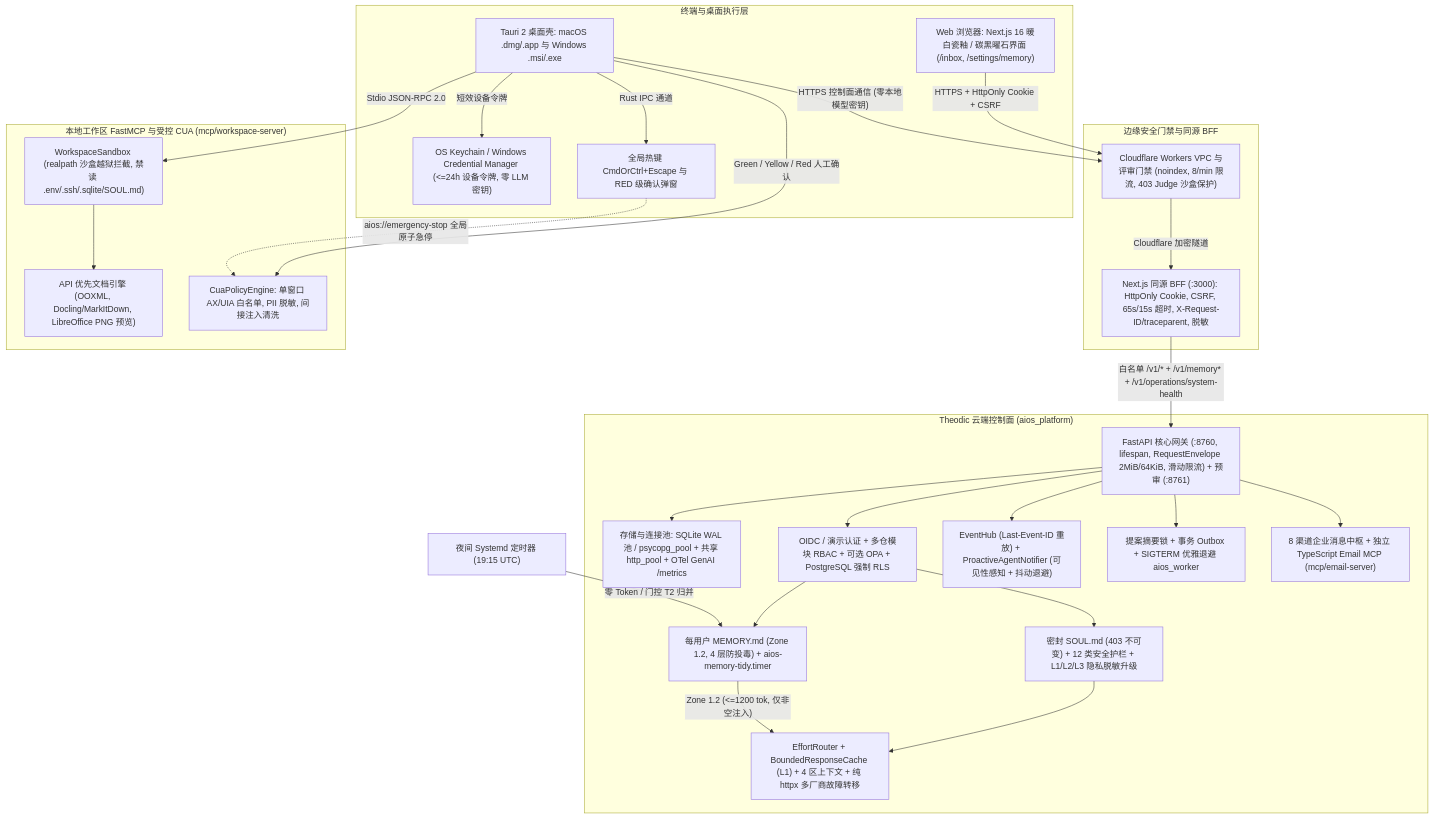
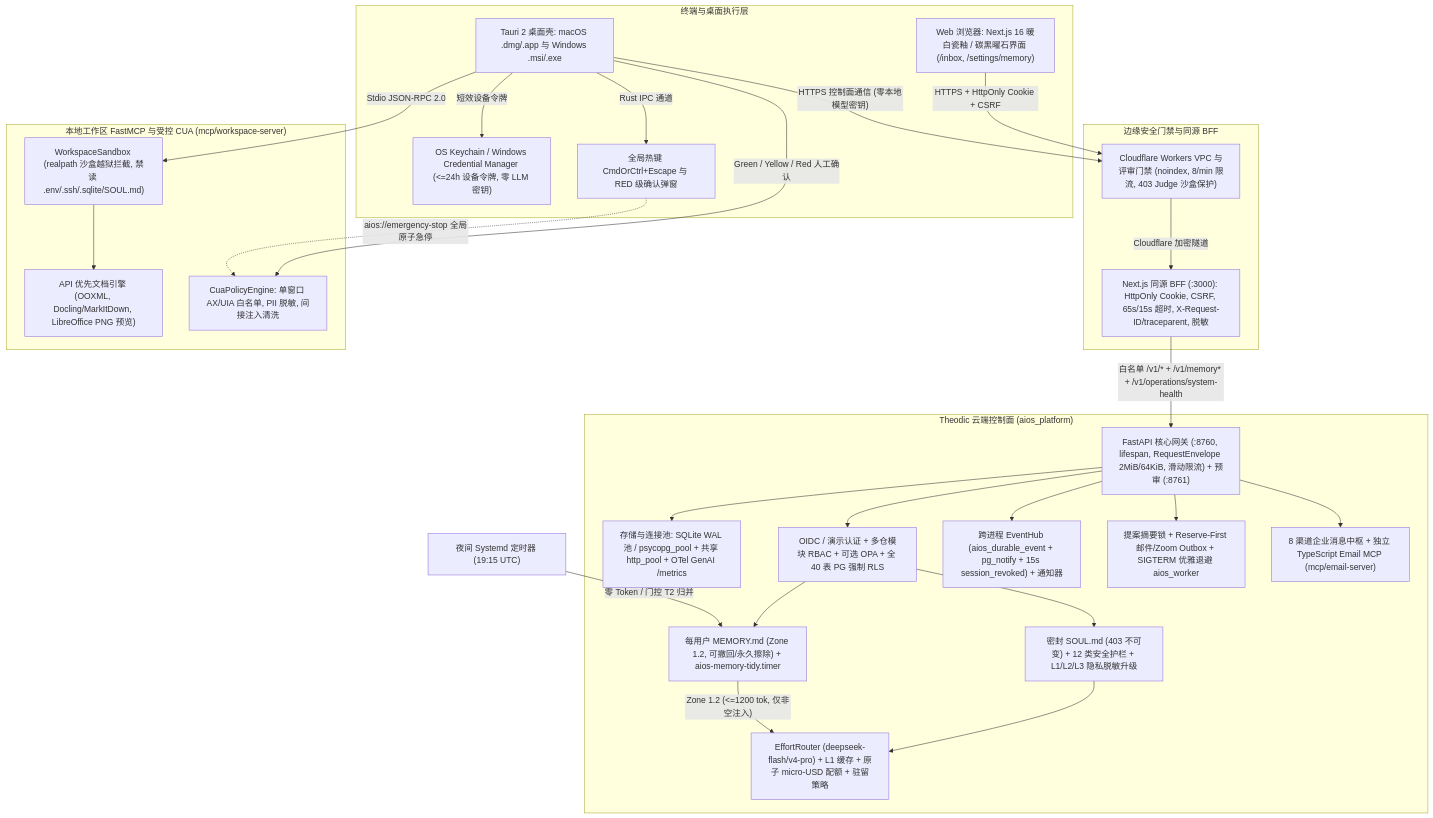
One commit to Doooo4love/sme-aios-demo changed the first of 4 diagrams in README.zh-CN.md. Above: the diagram before and after it, drawn with Mermaid. The commit also changed other lines of this file and 61 other files, not shown here.

Commit message:
feat(platform,web,ci,docs): enterprise 0013 RLS/outbox/FinOps hardening, Opus UI/motion polish, Gate 7 eval & README sync

````diff
--- a/README.zh-CN.md
+++ b/README.zh-CN.md
@@ -61,53 +62,53 @@
 ```mermaid
 flowchart TB
     subgraph CLIENT_LAYER ["终端与桌面执行层"]
         WEB["Web 浏览器: Next.js 16 暖白瓷釉 / 碳黑曜石界面 (/inbox, /settings/memory)"]
         DESK["Tauri 2 桌面壳: macOS .dmg/.app 与 Windows .msi/.exe"]
         KEYCHAIN["OS Keychain / Windows Credential Manager (<=24h 设备令牌, 零 LLM 密钥)"]
         ESTOP["全局热键 CmdOrCtrl+Escape 与 RED 级确认弹窗"]
     end
 
     subgraph EDGE_BFF ["边缘安全门禁与同源 BFF"]
         CF["Cloudflare Workers VPC 与评审门禁 (noindex, 8/min 限流, 403 Judge 沙盒保护)"]
         BFF["Next.js 同源 BFF (:3000): HttpOnly Cookie, CSRF, 65s/15s 超时, X-Request-ID/traceparent, 脱敏"]
     end
 
     subgraph CLOUD_CORE ["Theodic 云端控制面 (aios_platform)"]
         API["FastAPI 核心网关 (:8760, lifespan, RequestEnvelope 2MiB/64KiB, 滑动限流) + 预审 (:8761)"]
         POOL["存储与连接池: SQLite WAL 池 / psycopg_pool + 共享 http_pool + OTel GenAI /metrics"]
-        RBAC["OIDC / 演示认证 + 多仓模块 RBAC + 可选 OPA + PostgreSQL 强制 RLS"]
+        RBAC["OIDC / 演示认证 + 多仓模块 RBAC + 可选 OPA + 全 40 表 PG 强制 RLS"]
         GOV["密封 SOUL.md (403 不可变) + 12 类安全护栏 + L1/L2/L3 隐私脱敏升级"]
-        MEM["每用户 MEMORY.md (Zone 1.2, 4 层防投毒) + aios-memory-tidy.timer"]
-        ROUTER["EffortRouter + BoundedResponseCache (L1) + 4 区上下文 + 纯 httpx 多厂商故障转移"]
-        SSE["EventHub (Last-Event-ID 重放) + ProactiveAgentNotifier (可见性感知 + 抖动退避)"]
-        OUTBOX["提案摘要锁 + 事务 Outbox + SIGTERM 优雅退避 aios_worker"]
+        MEM["每用户 MEMORY.md (Zone 1.2, 可撤回/永久擦除) + aios-memory-tidy.timer"]
+        ROUTER["EffortRouter (deepseek-flash/v4-pro) + L1 缓存 + 原子 micro-USD 配额 + 驻留策略"]
+        SSE["跨进程 EventHub (aios_durable_event + pg_notify + 15s session_revoked) + 通知器"]
+        OUTBOX["提案摘要锁 + Reserve-First 邮件/Zoom Outbox + SIGTERM 优雅退避 aios_worker"]
         CHHUB["8 渠道企业消息中枢 + 独立 TypeScript Email MCP (mcp/email-server)"]
     end
 
     subgraph LOCAL_MCP ["本地工作区 FastMCP 与受控 CUA (mcp/workspace-server)"]
         SANDBOX["WorkspaceSandbox (realpath 沙盒越狱拦截, 禁读 .env/.ssh/.sqlite/SOUL.md)"]
         DOCTOOLS["API 优先文档引擎 (OOXML, Docling/MarkItDown, LibreOffice PNG 预览)"]
         CUAGUARD["CuaPolicyEngine: 单窗口 AX/UIA 白名单, PII 脱敏, 间接注入清洗"]
     end
 
     WEB -->|"HTTPS + HttpOnly Cookie + CSRF"| CF
     DESK -->|"短效设备令牌"| KEYCHAIN
     DESK -->|"Rust IPC 通道"| ESTOP
     DESK -->|"HTTPS 控制面通信 (零本地模型密钥)"| CF
     CF -->|"Cloudflare 加密隧道"| BFF
     BFF -->|"白名单 /v1/* + /v1/memory* + /v1/operations/system-health"| API
     API --> POOL
     API --> RBAC
     RBAC --> GOV
     RBAC --> MEM
     GOV --> ROUTER
     MEM -->|"Zone 1.2 (<=1200 tok, 仅非空注入)"| ROUTER
     TIDY["夜间 Systemd 定时器 (19:15 UTC)"] -->|"零 Token / 门控 T2 归并"| MEM
     API --> SSE
     API --> OUTBOX
     API --> CHHUB
     DESK -->|"Stdio JSON-RPC 2.0"| SANDBOX
     SANDBOX --> DOCTOOLS
     DESK -->|"Green / Yellow / Red 人工确认"| CUAGUARD
     ESTOP -.->|"aios://emergency-stop 全局原子急停"| CUAGUARD
 ```
````
